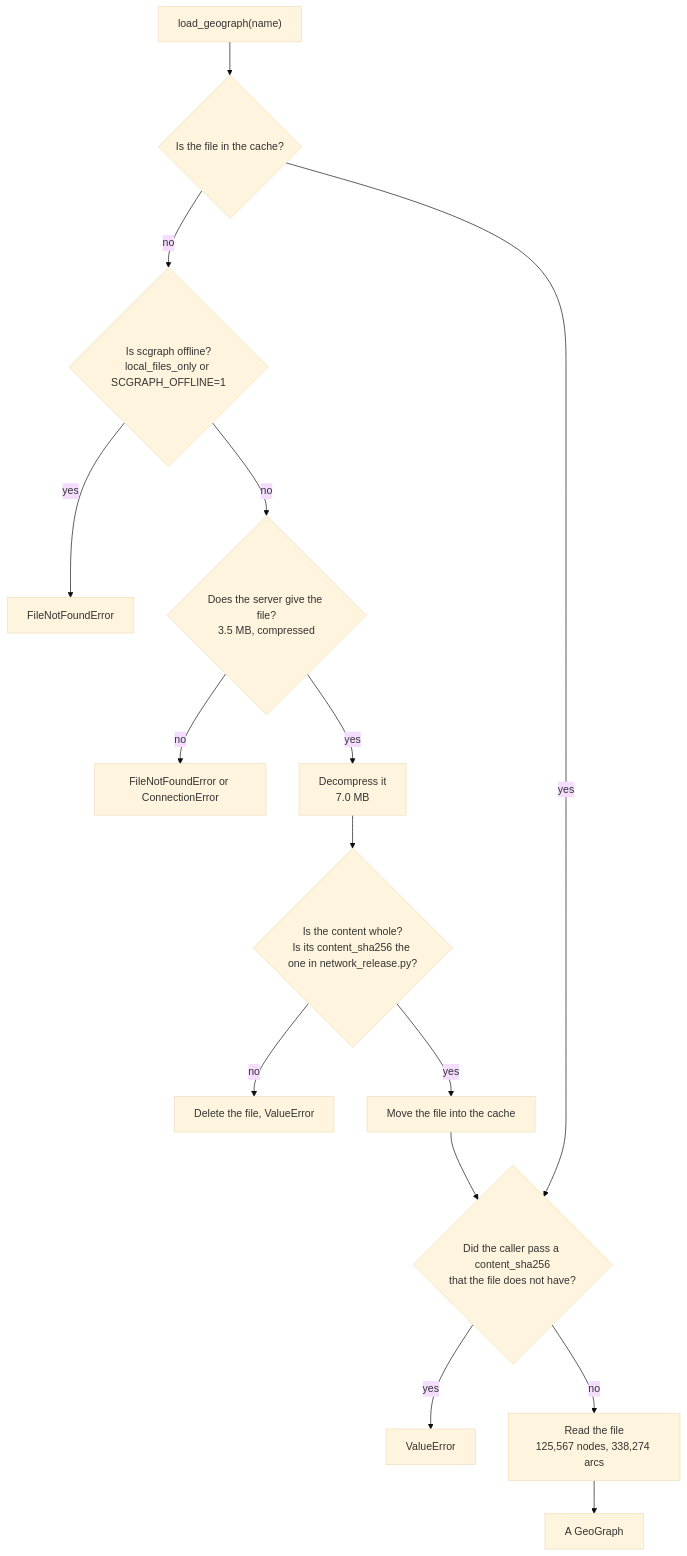
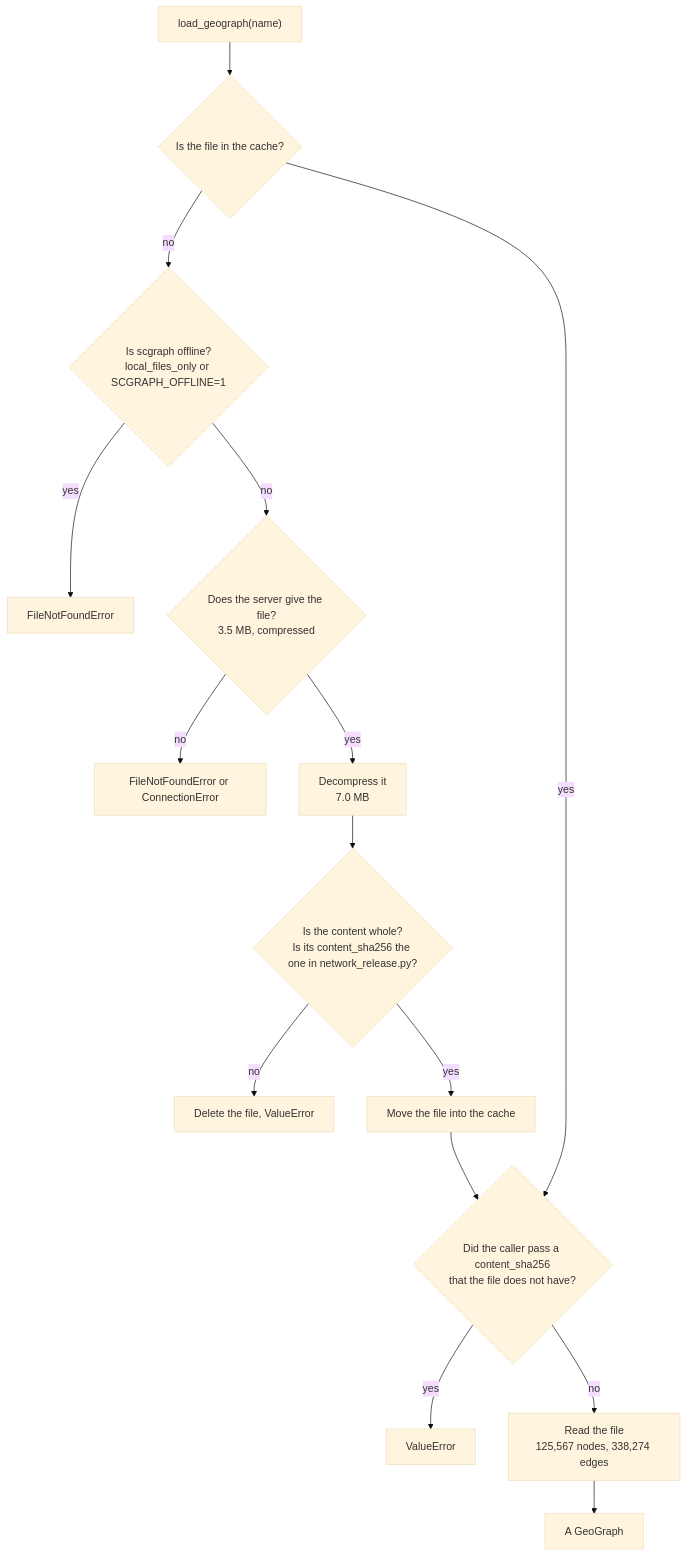
One commit to connor-makowski/scgraph changed the fourth of 4 diagrams in scgraph/pipelines/README.md. Above: the diagram before and after it, drawn with Mermaid (base theme). The commit also changed other lines of this file and 66 other files, not shown here.

````diff
--- a/scgraph/pipelines/README.md
+++ b/scgraph/pipelines/README.md
@@ -547,17 +547,17 @@
 ```mermaid
 flowchart TD
     A["load_geograph(name)"] --> B{"Is the file in the cache?"}
     B -- "no" --> O{"Is scgraph offline?<br/>local_files_only or SCGRAPH_OFFLINE=1"}
     O -- "yes" --> E1["FileNotFoundError"]
     O -- "no" --> D{"Does the server give the file?<br/>3.5 MB, compressed"}
     D -- "no" --> E4["FileNotFoundError or ConnectionError"]
     D -- "yes" --> U["Decompress it<br/>7.0 MB"]
     U --> K{"Is the content whole?<br/>Is its content_sha256 the one in network_release.py?"}
     K -- "no" --> E2["Delete the file, ValueError"]
     K -- "yes" --> M["Move the file into the cache"]
     M --> H
     B -- "yes" --> H{"Did the caller pass a content_sha256<br/>that the file does not have?"}
     H -- "yes" --> E3["ValueError"]
-    H -- "no" --> L["Read the file<br/>125,567 nodes, 338,274 arcs"]
+    H -- "no" --> L["Read the file<br/>125,567 nodes, 338,274 edges"]
     L --> G["A GeoGraph"]
 ```
````
